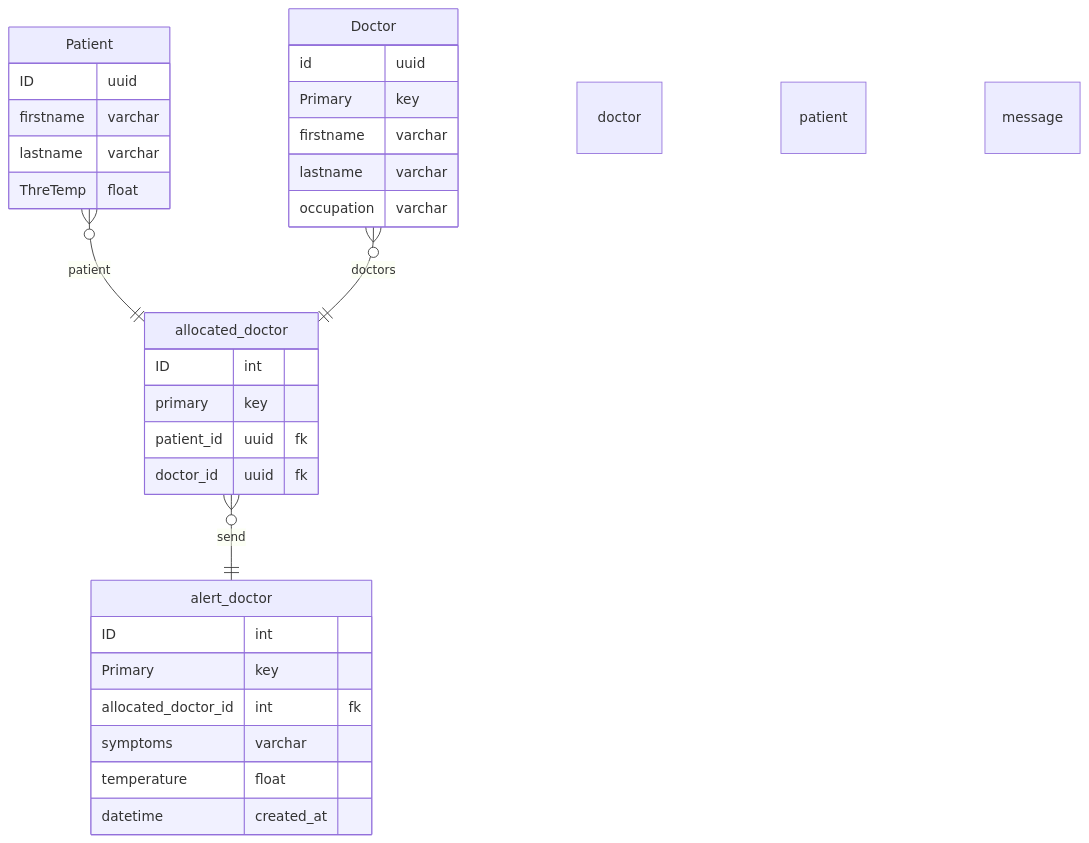
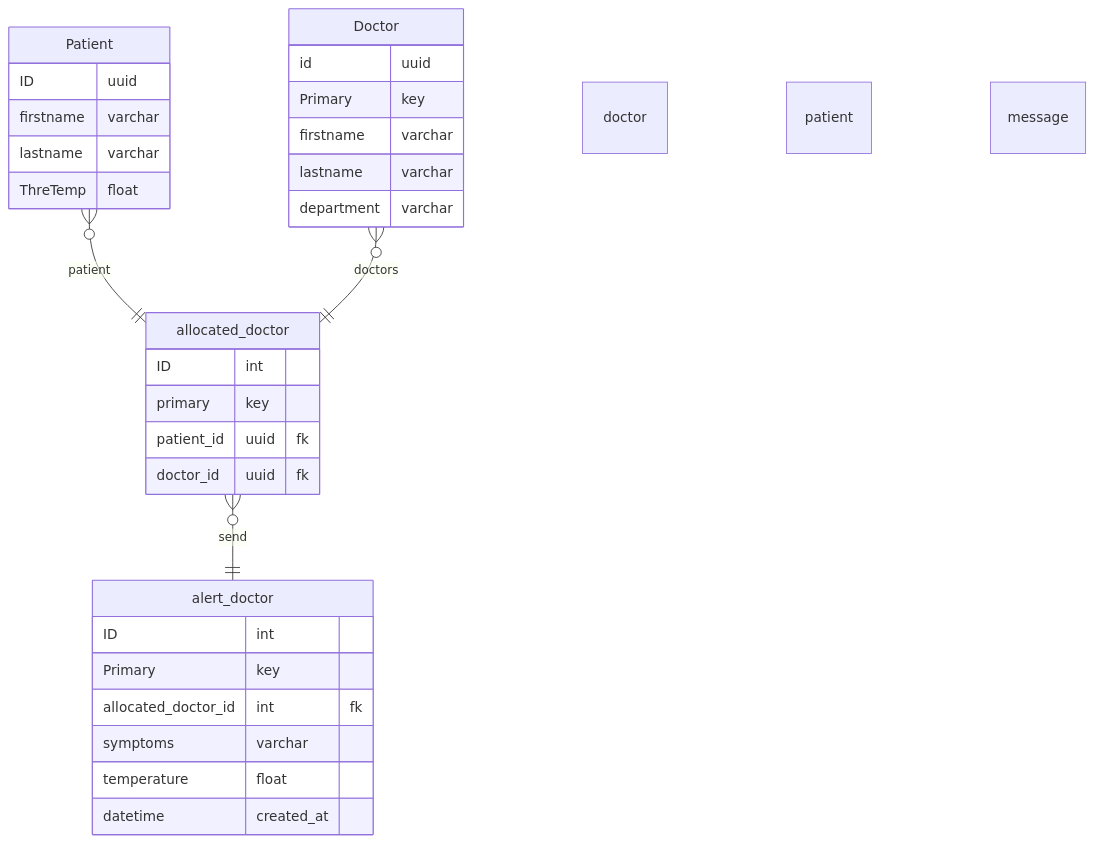
One commit to sibongakonkebuthelezi91/health_safe changed the second of 2 diagrams in README.md. Above: the diagram before and after it, drawn with Mermaid. The commit also changed 11 other files, not shown here.

````diff
--- a/README.md
+++ b/README.md
@@ -40,36 +40,36 @@
 ```mermaid
    erDiagram
        Patient {
            ID uuid
            firstname varchar
            lastname varchar
            ThreTemp float
        }
        
        Doctor{
            id uuid Primary key
            firstname varchar
            lastname varchar
-           occupation varchar
+           department varchar
        }
        
        
         alert_doctor{
             ID int Primary key
             allocated_doctor_id int fk
             symptoms varchar
             temperature float
             datetime created_at
         }
         
         allocated_doctor{
             ID int primary key
             patient_id uuid fk
             doctor_id uuid fk
         }
         
         Patient }o--|| allocated_doctor : patient doctor
         Doctor }o--|| allocated_doctor : doctors patient
         allocated_doctor }o--|| alert_doctor : send message
         
 ```
````
